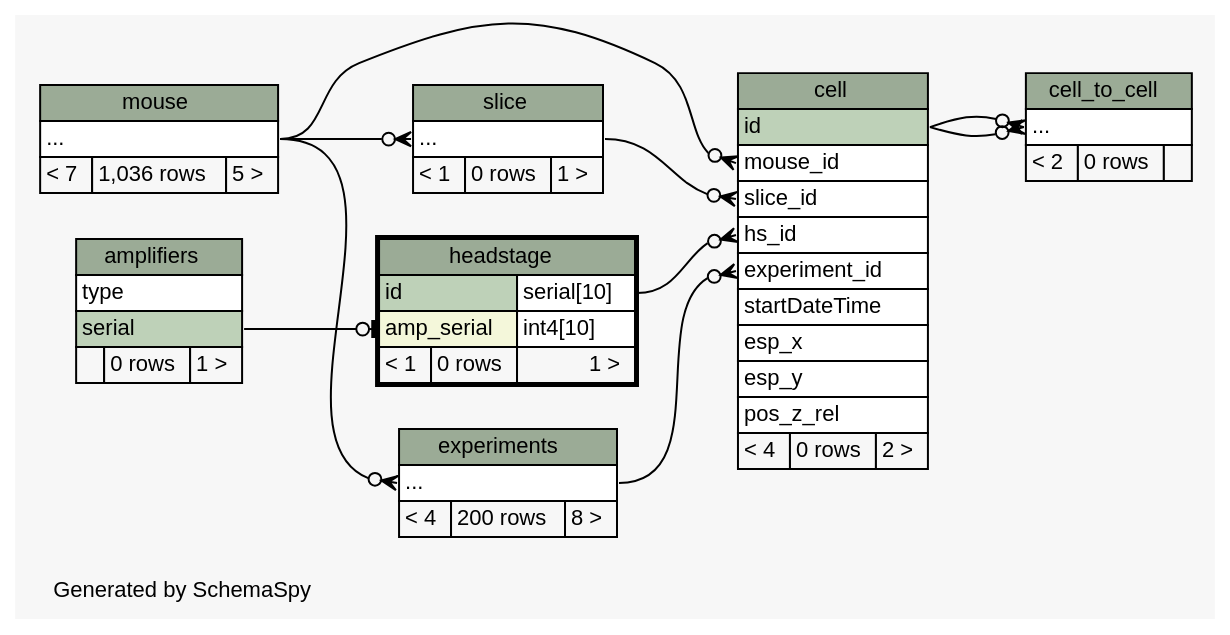
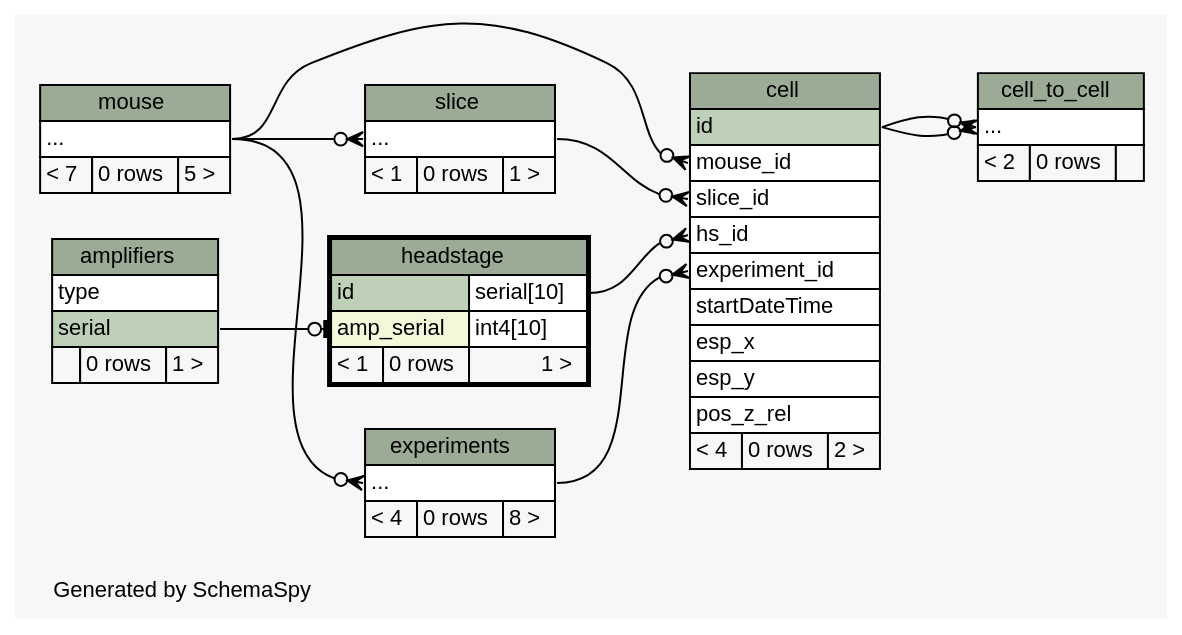
Before and after one commit to tgbugs/mlab: the diagram in database/ss/diagrams/headstage.2degrees.dot, drawn with Graphviz. The commit also changed 227 other files, not shown here.

```diff
--- a/database/ss/diagrams/headstage.2degrees.dot
+++ b/database/ss/diagrams/headstage.2degrees.dot
@@ -1,111 +1,111 @@
 // dot 2.32.0 on Windows 7 6.1
 // SchemaSpy rev 590
 digraph "twoDegreesRelationshipsDiagram" {
   graph [
     rankdir="RL"
     bgcolor="#f7f7f7"
     label="\nGenerated by SchemaSpy"
     labeljust="l"
     nodesep="0.18"
     ranksep="0.46"
     fontname="Helvetica"
     fontsize="11"
   ];
   node [
     fontname="Helvetica"
     fontsize="11"
     shape="plaintext"
   ];
   edge [
     arrowsize="0.8"
   ];
   "cell":"experiment_id":w -> "experiments":"elipses":e [arrowhead=none dir=back arrowtail=crowodot];
   "cell":"hs_id":w -> "headstage":"id.type":e [arrowhead=none dir=back arrowtail=crowodot];
   "cell":"mouse_id":w -> "mouse":"elipses":e [arrowhead=none dir=back arrowtail=crowodot];
   "cell":"slice_id":w -> "slice":"elipses":e [arrowhead=none dir=back arrowtail=crowodot];
   "cell_to_cell":"elipses":w -> "cell":"id":e [arrowhead=none dir=back arrowtail=crowodot];
   "cell_to_cell":"elipses":w -> "cell":"id":e [arrowhead=none dir=back arrowtail=crowodot];
   "experiments":"elipses":w -> "mouse":"elipses":e [arrowhead=none dir=back arrowtail=crowodot];
   "headstage":"amp_serial":w -> "amplifiers":"serial":e [arrowhead=none dir=back arrowtail=teeodot];
   "slice":"elipses":w -> "mouse":"elipses":e [arrowhead=none dir=back arrowtail=crowodot];
   "amplifiers" [
     label=<
     <TABLE BORDER="0" CELLBORDER="1" CELLSPACING="0" BGCOLOR="#ffffff">
       <TR><TD COLSPAN="3" BGCOLOR="#9bab96" ALIGN="CENTER">amplifiers</TD></TR>
       <TR><TD PORT="type" COLSPAN="3" ALIGN="LEFT">type</TD></TR>
       <TR><TD PORT="serial" COLSPAN="3" BGCOLOR="#bed1b8" ALIGN="LEFT">serial</TD></TR>
       <TR><TD ALIGN="LEFT" BGCOLOR="#f7f7f7">  </TD><TD ALIGN="RIGHT" BGCOLOR="#f7f7f7">0 rows</TD><TD ALIGN="RIGHT" BGCOLOR="#f7f7f7">1 &gt;</TD></TR>
     </TABLE>>
     URL="amplifiers.html"
     tooltip="amplifiers"
   ];
   "cell" [
     label=<
     <TABLE BORDER="0" CELLBORDER="1" CELLSPACING="0" BGCOLOR="#ffffff">
       <TR><TD COLSPAN="3" BGCOLOR="#9bab96" ALIGN="CENTER">cell</TD></TR>
       <TR><TD PORT="id" COLSPAN="3" BGCOLOR="#bed1b8" ALIGN="LEFT">id</TD></TR>
       <TR><TD PORT="mouse_id" COLSPAN="3" ALIGN="LEFT">mouse_id</TD></TR>
       <TR><TD PORT="slice_id" COLSPAN="3" ALIGN="LEFT">slice_id</TD></TR>
       <TR><TD PORT="hs_id" COLSPAN="3" ALIGN="LEFT">hs_id</TD></TR>
       <TR><TD PORT="experiment_id" COLSPAN="3" ALIGN="LEFT">experiment_id</TD></TR>
       <TR><TD PORT="startDateTime" COLSPAN="3" ALIGN="LEFT">startDateTime</TD></TR>
       <TR><TD PORT="esp_x" COLSPAN="3" ALIGN="LEFT">esp_x</TD></TR>
       <TR><TD PORT="esp_y" COLSPAN="3" ALIGN="LEFT">esp_y</TD></TR>
       <TR><TD PORT="pos_z_rel" COLSPAN="3" ALIGN="LEFT">pos_z_rel</TD></TR>
       <TR><TD ALIGN="LEFT" BGCOLOR="#f7f7f7">&lt; 4</TD><TD ALIGN="RIGHT" BGCOLOR="#f7f7f7">0 rows</TD><TD ALIGN="RIGHT" BGCOLOR="#f7f7f7">2 &gt;</TD></TR>
     </TABLE>>
     URL="cell.html"
     tooltip="cell"
   ];
   "cell_to_cell" [
     label=<
     <TABLE BORDER="0" CELLBORDER="1" CELLSPACING="0" BGCOLOR="#ffffff">
       <TR><TD COLSPAN="3" BGCOLOR="#9bab96" ALIGN="CENTER">cell_to_cell</TD></TR>
       <TR><TD PORT="elipses" COLSPAN="3" ALIGN="LEFT">...</TD></TR>
       <TR><TD ALIGN="LEFT" BGCOLOR="#f7f7f7">&lt; 2</TD><TD ALIGN="RIGHT" BGCOLOR="#f7f7f7">0 rows</TD><TD ALIGN="RIGHT" BGCOLOR="#f7f7f7">  </TD></TR>
     </TABLE>>
     URL="cell_to_cell.html"
     tooltip="cell_to_cell"
   ];
   "experiments" [
     label=<
     <TABLE BORDER="0" CELLBORDER="1" CELLSPACING="0" BGCOLOR="#ffffff">
       <TR><TD COLSPAN="3" BGCOLOR="#9bab96" ALIGN="CENTER">experiments</TD></TR>
       <TR><TD PORT="elipses" COLSPAN="3" ALIGN="LEFT">...</TD></TR>
-      <TR><TD ALIGN="LEFT" BGCOLOR="#f7f7f7">&lt; 4</TD><TD ALIGN="RIGHT" BGCOLOR="#f7f7f7">200 rows</TD><TD ALIGN="RIGHT" BGCOLOR="#f7f7f7">8 &gt;</TD></TR>
+      <TR><TD ALIGN="LEFT" BGCOLOR="#f7f7f7">&lt; 4</TD><TD ALIGN="RIGHT" BGCOLOR="#f7f7f7">0 rows</TD><TD ALIGN="RIGHT" BGCOLOR="#f7f7f7">8 &gt;</TD></TR>
     </TABLE>>
     URL="experiments.html"
     tooltip="experiments"
   ];
   "headstage" [
     label=<
     <TABLE BORDER="2" CELLBORDER="1" CELLSPACING="0" BGCOLOR="#ffffff">
       <TR><TD COLSPAN="3" BGCOLOR="#9bab96" ALIGN="CENTER">headstage</TD></TR>
       <TR><TD PORT="id" COLSPAN="2" BGCOLOR="#bed1b8" ALIGN="LEFT">id</TD><TD PORT="id.type" ALIGN="LEFT">serial[10]</TD></TR>
       <TR><TD PORT="amp_serial" COLSPAN="2" BGCOLOR="#f4f7da" ALIGN="LEFT">amp_serial</TD><TD PORT="amp_serial.type" ALIGN="LEFT">int4[10]</TD></TR>
       <TR><TD ALIGN="LEFT" BGCOLOR="#f7f7f7">&lt; 1</TD><TD ALIGN="RIGHT" BGCOLOR="#f7f7f7">0 rows</TD><TD ALIGN="RIGHT" BGCOLOR="#f7f7f7">1 &gt;</TD></TR>
     </TABLE>>
     URL="headstage.html"
     tooltip="headstage"
   ];
   "mouse" [
     label=<
     <TABLE BORDER="0" CELLBORDER="1" CELLSPACING="0" BGCOLOR="#ffffff">
       <TR><TD COLSPAN="3" BGCOLOR="#9bab96" ALIGN="CENTER">mouse</TD></TR>
       <TR><TD PORT="elipses" COLSPAN="3" ALIGN="LEFT">...</TD></TR>
-      <TR><TD ALIGN="LEFT" BGCOLOR="#f7f7f7">&lt; 7</TD><TD ALIGN="RIGHT" BGCOLOR="#f7f7f7">1,036 rows</TD><TD ALIGN="RIGHT" BGCOLOR="#f7f7f7">5 &gt;</TD></TR>
+      <TR><TD ALIGN="LEFT" BGCOLOR="#f7f7f7">&lt; 7</TD><TD ALIGN="RIGHT" BGCOLOR="#f7f7f7">0 rows</TD><TD ALIGN="RIGHT" BGCOLOR="#f7f7f7">5 &gt;</TD></TR>
     </TABLE>>
     URL="mouse.html"
     tooltip="mouse"
   ];
   "slice" [
     label=<
     <TABLE BORDER="0" CELLBORDER="1" CELLSPACING="0" BGCOLOR="#ffffff">
       <TR><TD COLSPAN="3" BGCOLOR="#9bab96" ALIGN="CENTER">slice</TD></TR>
       <TR><TD PORT="elipses" COLSPAN="3" ALIGN="LEFT">...</TD></TR>
       <TR><TD ALIGN="LEFT" BGCOLOR="#f7f7f7">&lt; 1</TD><TD ALIGN="RIGHT" BGCOLOR="#f7f7f7">0 rows</TD><TD ALIGN="RIGHT" BGCOLOR="#f7f7f7">1 &gt;</TD></TR>
     </TABLE>>
     URL="slice.html"
     tooltip="slice"
   ];
 }
```
